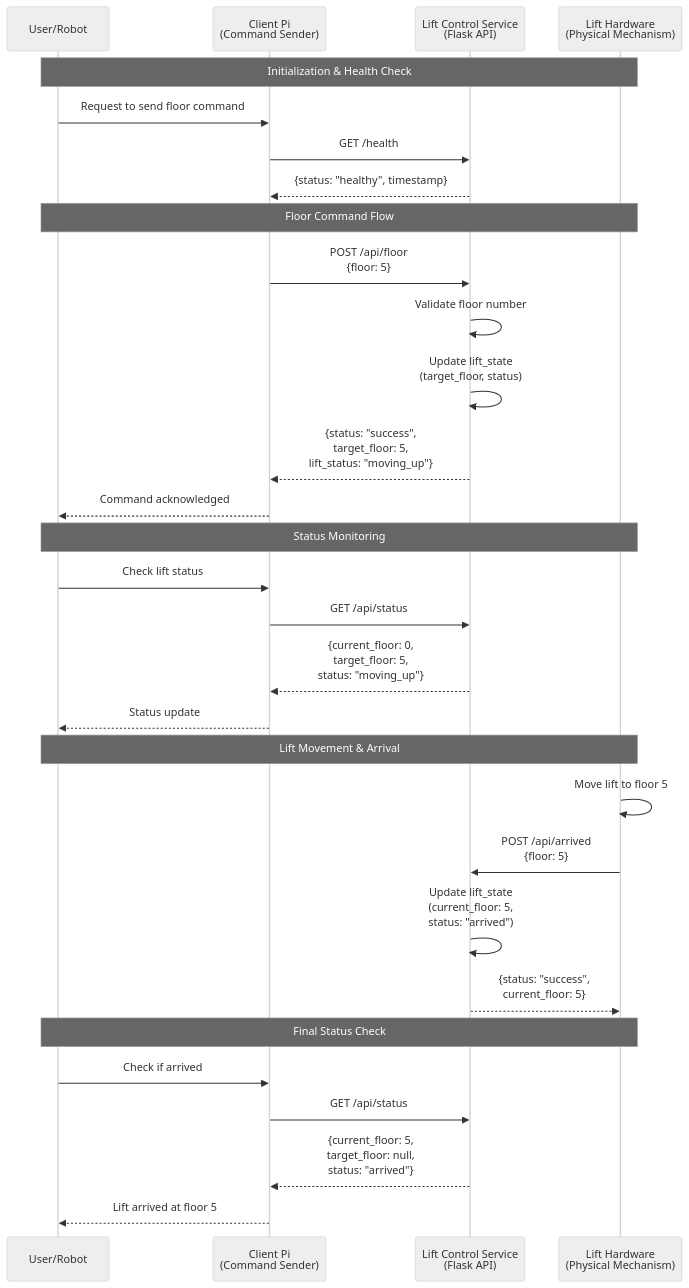
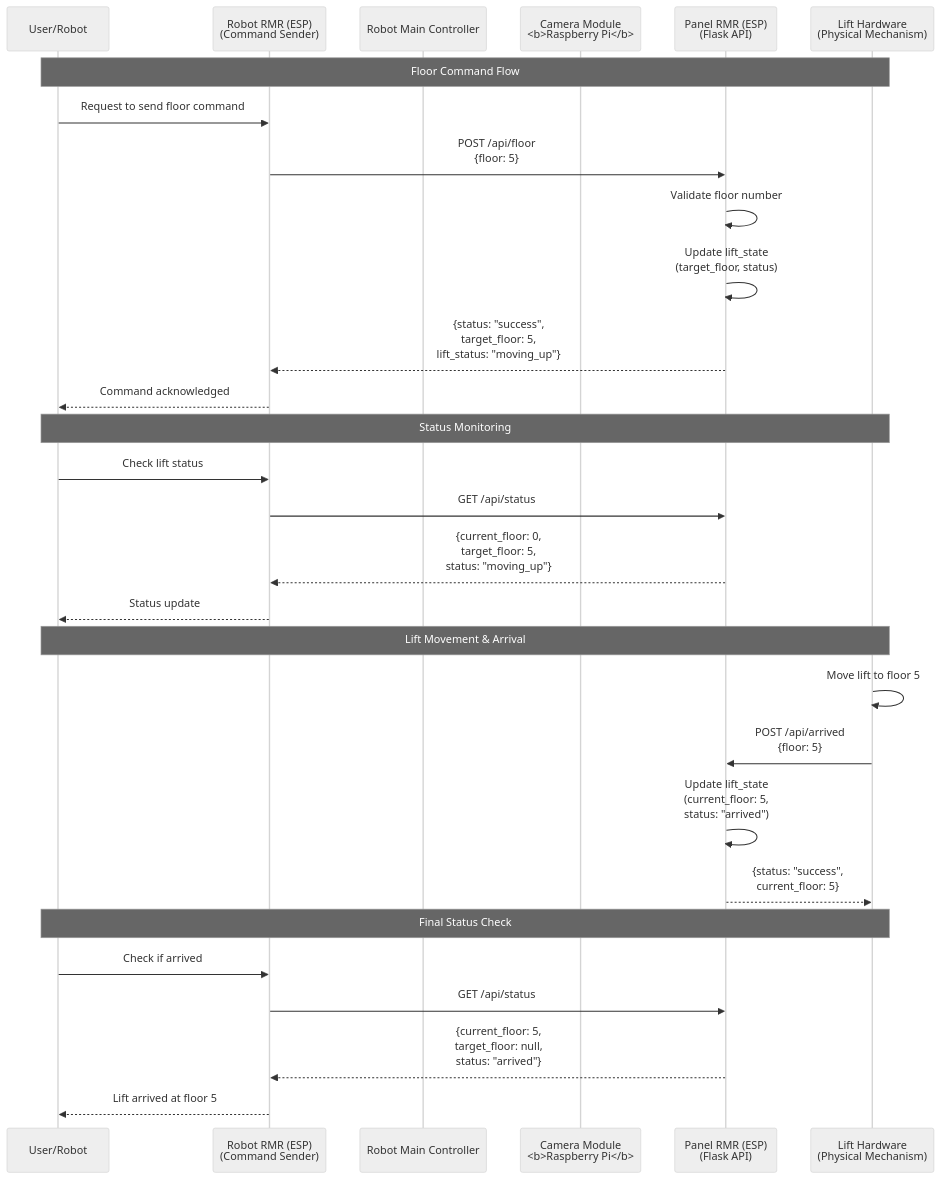
One commit to in-is-ah/rmr changed the first of 4 diagrams in sequence_diagram.md. Above: the diagram before and after it, drawn with Mermaid (neutral theme). The commit also changed other lines of this file, not shown here.

Commit message:
Update sequence diagram participants and labels

````diff
--- a/sequence_diagram.md
+++ b/sequence_diagram.md
@@ -5,37 +5,35 @@
 ```mermaid
 sequenceDiagram
     participant User/Robot
-    participant ClientPi as Client Pi<br/>(Command Sender)
-    participant LiftService as Lift Control Service<br/>(Flask API)
+    participant ClientPi as Robot RMR (ESP)<br/>(Command Sender)
+    participant RobotMainController as Robot Main Controller
+    participant CameraModule as Camera Module<br/><b>Raspberry Pi</b>
+    participant LiftService as Panel RMR (ESP)<br/>(Flask API)
     participant LiftHardware as Lift Hardware<br/>(Physical Mechanism)
 
-    Note over User/Robot,LiftHardware: Initialization & Health Check
+    Note over User/Robot,LiftHardware: Floor Command Flow
     User/Robot->>ClientPi: Request to send floor command
-    ClientPi->>LiftService: GET /health
-    LiftService-->>ClientPi: {status: "healthy", timestamp}
-    
-    Note over User/Robot,LiftHardware: Floor Command Flow
     ClientPi->>LiftService: POST /api/floor<br/>{floor: 5}
     LiftService->>LiftService: Validate floor number
     LiftService->>LiftService: Update lift_state<br/>(target_floor, status)
     LiftService-->>ClientPi: {status: "success",<br/>target_floor: 5,<br/>lift_status: "moving_up"}
     ClientPi-->>User/Robot: Command acknowledged
     
     Note over User/Robot,LiftHardware: Status Monitoring
     User/Robot->>ClientPi: Check lift status
     ClientPi->>LiftService: GET /api/status
     LiftService-->>ClientPi: {current_floor: 0,<br/>target_floor: 5,<br/>status: "moving_up"}
     ClientPi-->>User/Robot: Status update
     
     Note over User/Robot,LiftHardware: Lift Movement & Arrival
     LiftHardware->>LiftHardware: Move lift to floor 5
     LiftHardware->>LiftService: POST /api/arrived<br/>{floor: 5}
     LiftService->>LiftService: Update lift_state<br/>(current_floor: 5,<br/>status: "arrived")
     LiftService-->>LiftHardware: {status: "success",<br/>current_floor: 5}
     
     Note over User/Robot,LiftHardware: Final Status Check
     User/Robot->>ClientPi: Check if arrived
     ClientPi->>LiftService: GET /api/status
     LiftService-->>ClientPi: {current_floor: 5,<br/>target_floor: null,<br/>status: "arrived"}
     ClientPi-->>User/Robot: Lift arrived at floor 5
 ```
````
